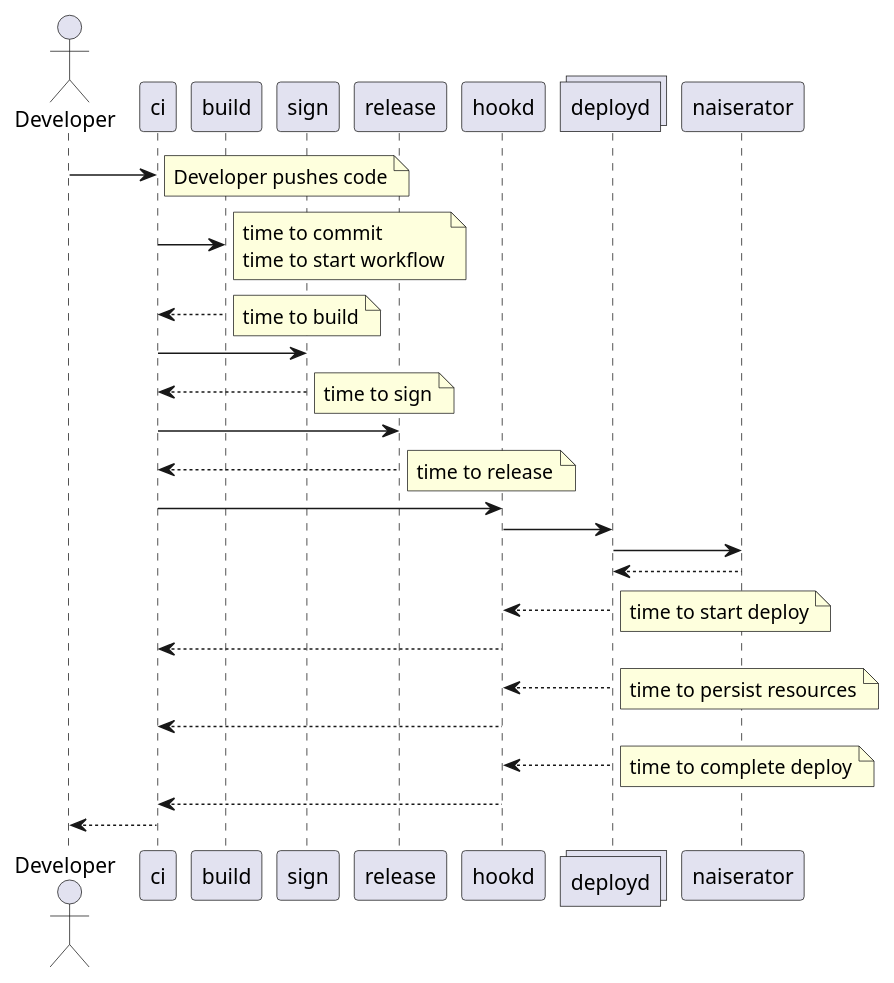
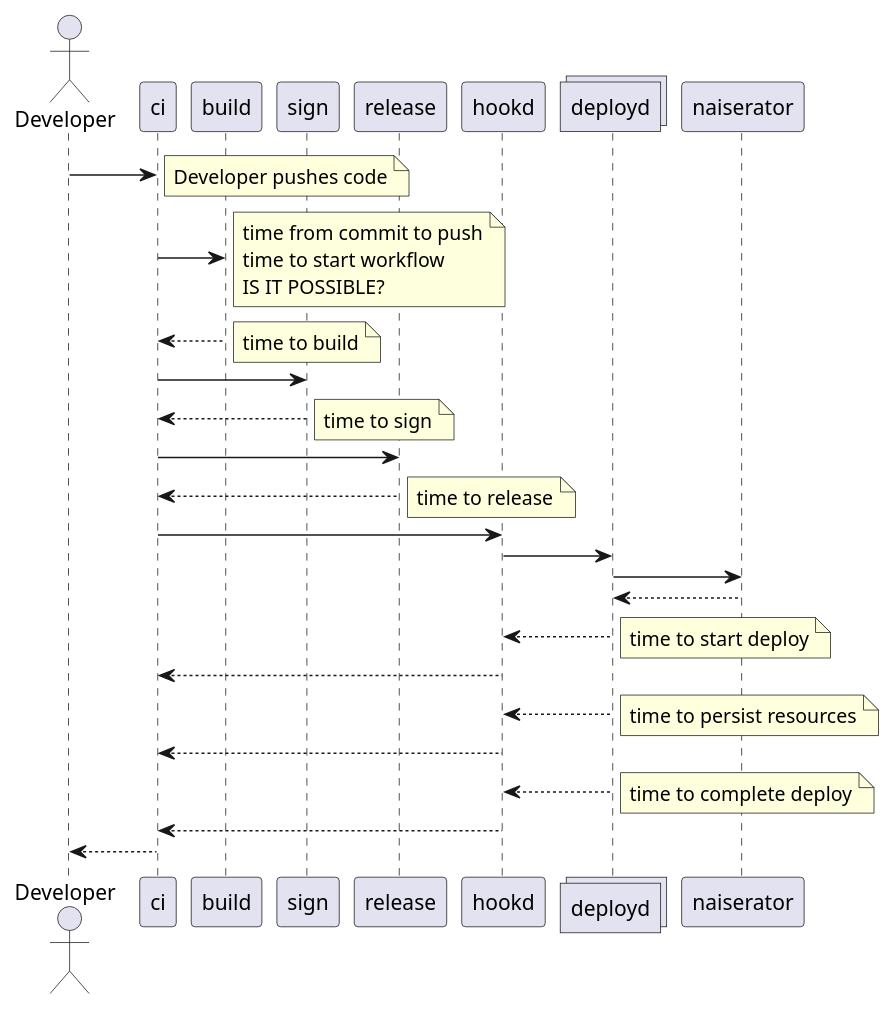
One commit to nais/deploy changed the diagram in doc/tracing.puml. Above: the diagram before and after it, drawn with PlantUML. The commit also changed other lines of this file, not shown here.

Commit message:
Update tracing UML diagram with questions

```diff
--- a/doc/tracing.puml
+++ b/doc/tracing.puml
@@ -5,47 +11,48 @@
 @startuml component
 
 actor developer as "Developer"
 participant ci
 participant build
 participant sign
 participant release
 participant hookd
 collections deployd
 participant naiserator
 
 developer -> ci
 note right: Developer pushes code
 ci -> build
-note right: time to commit\n\
-time to start workflow
+note right: time from commit to push\n\
+time to start workflow\n\
+IS IT POSSIBLE?
 build --> ci
 note right: time to build
 
 ci -> sign
 sign --> ci
 note right: time to sign
 
 ci -> release
 release --> ci
 note right: time to release
 
 ci -> hookd
 hookd -> deployd
 deployd -> naiserator
 
 naiserator --> deployd
 deployd --> hookd
 note right: time to start deploy
 hookd --> ci
 
 deployd --> hookd
 note right: time to persist resources
 hookd --> ci
 
 deployd --> hookd
 note right: time to complete deploy
 
 hookd --> ci
 ci --> developer
 
 @enduml
```
